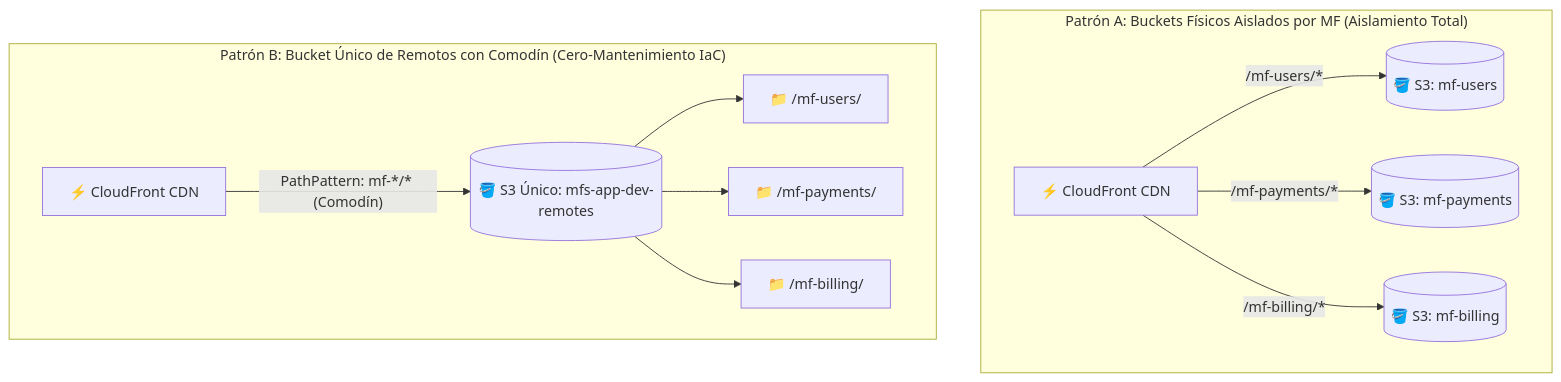
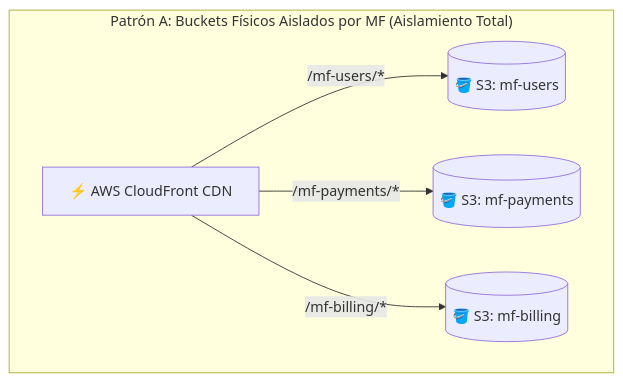
One commit to Alexander2305Potosi/microfront-github changed the sixth of 6 diagrams in README.md. Above: the diagram before and after it, drawn with Mermaid. The commit also changed other lines of this file, not shown here.

Commit message:
docs: focus N-MFs IaC scalability section exclusively on Pattern A (Physical Bucket per MF)

````diff
--- a/README.md
+++ b/README.md
@@ -381,15 +381,8 @@
 ```mermaid
 flowchart TD
     subgraph "Patrón A: Buckets Físicos Aislados por MF (Aislamiento Total)"
-        CF_A["⚡ CloudFront CDN"] -->|"/mf-users/*"| S3_Users[("🪣 S3: mf-users")]
-        CF_A -->|"/mf-payments/*"| S3_Pay[("🪣 S3: mf-payments")]
-        CF_A -->|"/mf-billing/*"| S3_Bill[("🪣 S3: mf-billing")]
-    end
-
-    subgraph "Patrón B: Bucket Único de Remotos con Comodín (Cero-Mantenimiento IaC)"
-        CF_B["⚡ CloudFront CDN"] -->|"PathPattern: mf-*/* (Comodín)"| S3_Remotes[("🪣 S3 Único: mfs-app-dev-remotes")]
-        S3_Remotes --> Folder1["📁 /mf-users/"]
-        S3_Remotes --> Folder2["📁 /mf-payments/"]
-        S3_Remotes --> Folder3["📁 /mf-billing/"]
+        CF["⚡ AWS CloudFront CDN"] -->|"/mf-users/*"| S3_Users[("🪣 S3: mf-users")]
+        CF -->|"/mf-payments/*"| S3_Pay[("🪣 S3: mf-payments")]
+        CF -->|"/mf-billing/*"| S3_Bill[("🪣 S3: mf-billing")]
     end
 ```
````
